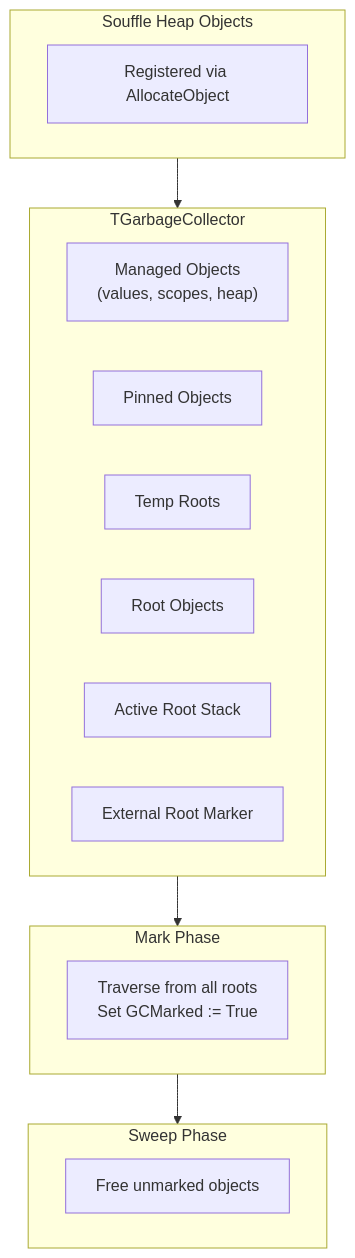
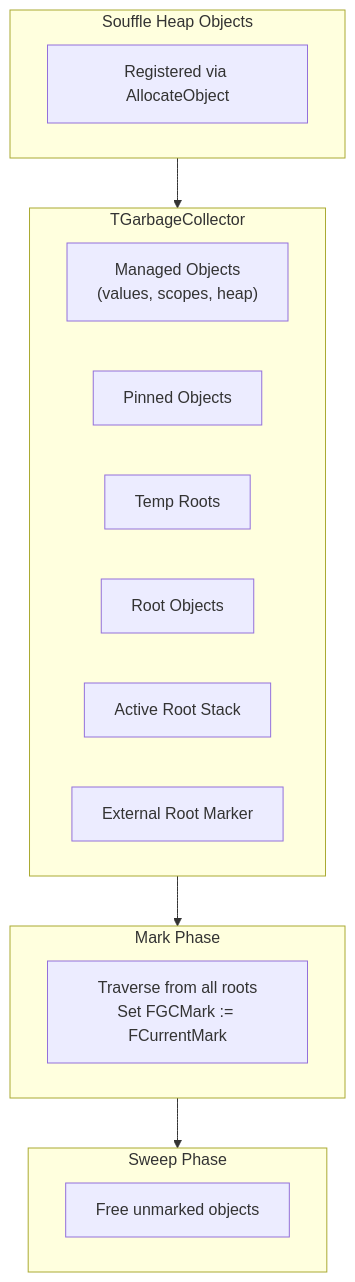
The fifth of 5 diagrams in docs/architecture.md (frostney/GocciaScript), drawn with Mermaid before and after one commit. The commit also changed other lines of this file and 10 other files, not shown here.

````diff
--- a/docs/architecture.md
+++ b/docs/architecture.md
@@ -363,22 +363,22 @@
 ```mermaid
 flowchart TD
     subgraph GC["TGarbageCollector"]
         ManagedObjects["Managed Objects\n(values, scopes, heap)"]
         PinnedObjects["Pinned Objects"]
         TempRoots["Temp Roots"]
         RootObjects["Root Objects"]
         ActiveRootStack["Active Root Stack"]
         ExternalMarker["External Root Marker"]
     end
     subgraph SouffleObjects["Souffle Heap Objects"]
         AllocateObject["Registered via AllocateObject"]
     end
     subgraph Mark["Mark Phase"]
-        Traverse["Traverse from all roots\nSet GCMarked := True"]
+        Traverse["Traverse from all roots\nSet FGCMark := FCurrentMark"]
     end
     subgraph Sweep["Sweep Phase"]
         Free["Free unmarked objects"]
     end
     GC --> Mark --> Sweep
     SouffleObjects --> GC
 ```
````
